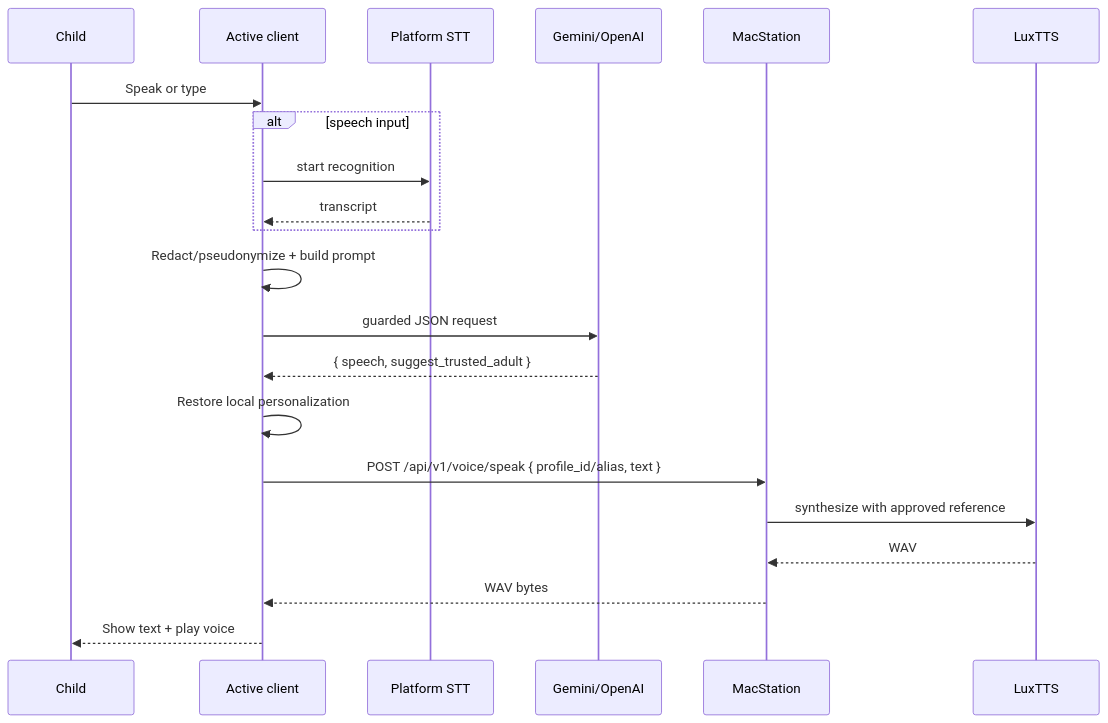
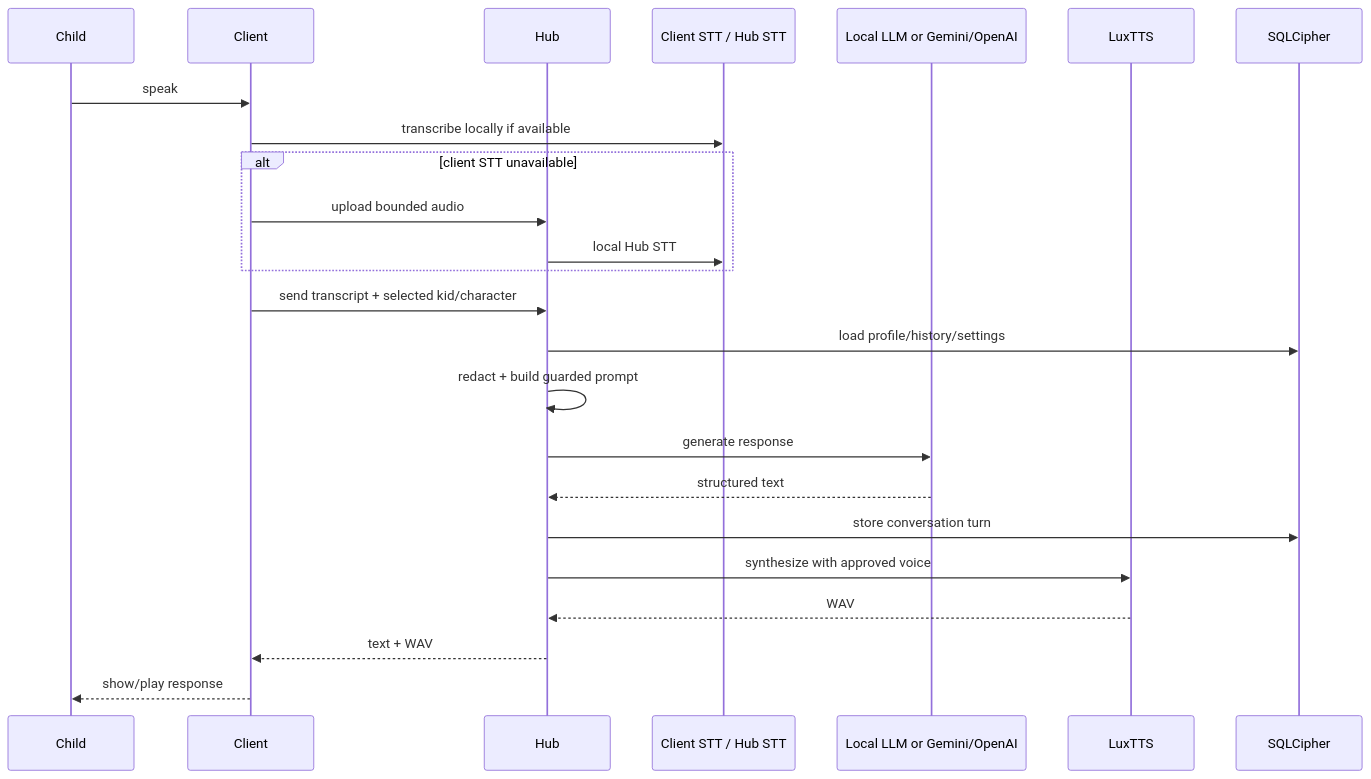
One commit to palwe-prafulla/plushpal changed the fourth of 4 diagrams in docs/architecture/SYSTEM_DESIGN.md. Above: the diagram before and after it, drawn with Mermaid. The commit also changed other lines of this file and 9 other files, not shown here.

Commit message:
Document PlushBuddy Hub target architecture

````diff
--- a/docs/architecture/SYSTEM_DESIGN.md
+++ b/docs/architecture/SYSTEM_DESIGN.md
@@ -549,24 +390,27 @@
 ```mermaid
 sequenceDiagram
     participant Child
-    participant Client as Active client
-    participant STT as Platform STT
-    participant LLM as Gemini/OpenAI
-    participant Station as MacStation
+    participant Client
+    participant Hub
+    participant STT as Client STT / Hub STT
+    participant Reason as Local LLM or Gemini/OpenAI
     participant Lux as LuxTTS
+    participant DB as SQLCipher
 
-    Child->>Client: Speak or type
-    alt speech input
-        Client->>STT: start recognition
-        STT-->>Client: transcript
+    Child->>Client: speak
+    Client->>STT: transcribe locally if available
+    alt client STT unavailable
+        Client->>Hub: upload bounded audio
+        Hub->>STT: local Hub STT
     end
-    Client->>Client: Redact/pseudonymize + build prompt
-    Client->>LLM: guarded JSON request
-    LLM-->>Client: { speech, suggest_trusted_adult }
-    Client->>Client: Restore local personalization
-    Client->>Station: POST /api/v1/voice/speak { profile_id/alias, text }
-    Station->>Lux: synthesize with approved reference
-    Lux-->>Station: WAV
-    Station-->>Client: WAV bytes
-    Client-->>Child: Show text + play voice
+    Client->>Hub: send transcript + selected kid/character
+    Hub->>DB: load profile/history/settings
+    Hub->>Hub: redact + build guarded prompt
+    Hub->>Reason: generate response
+    Reason-->>Hub: structured text
+    Hub->>DB: store conversation turn
+    Hub->>Lux: synthesize with approved voice
+    Lux-->>Hub: WAV
+    Hub-->>Client: text + WAV
+    Client-->>Child: show/play response
 ```
````
